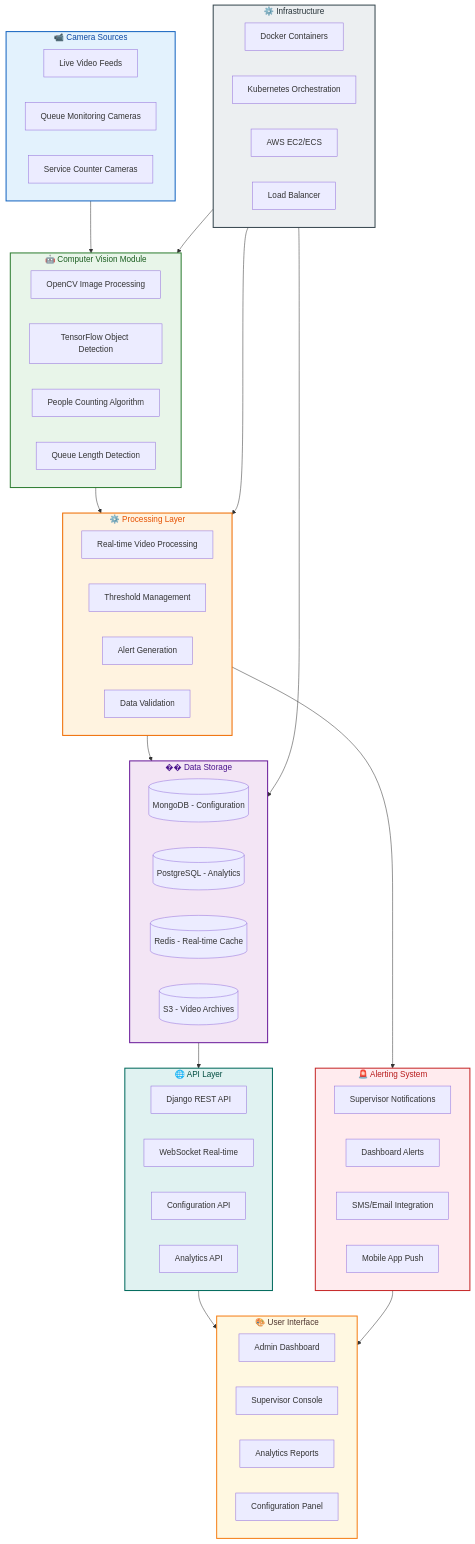
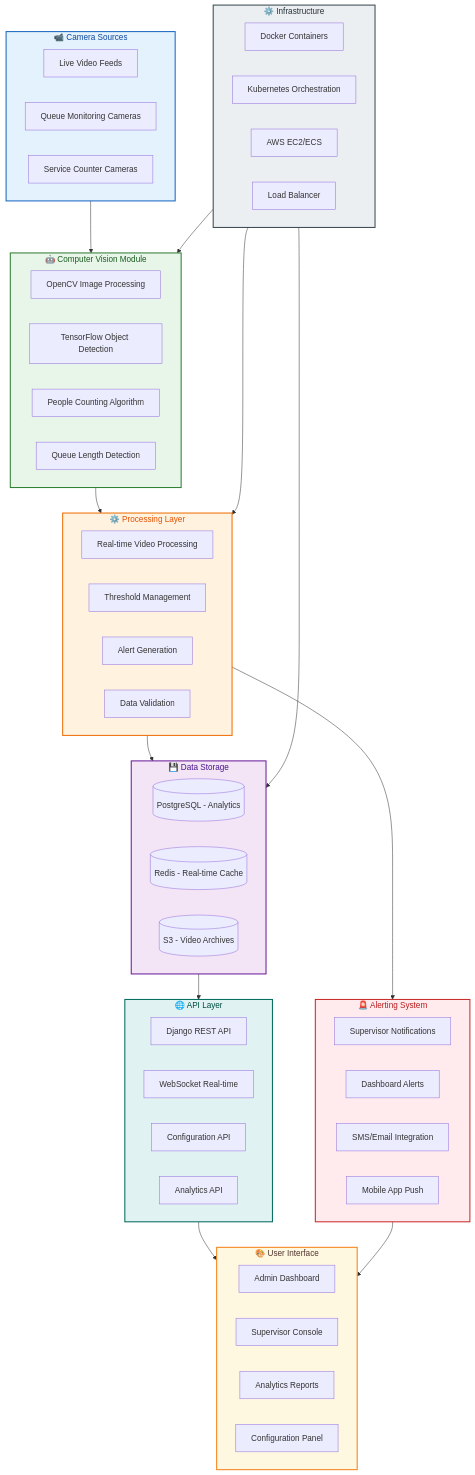
Before and after one commit to nitty01/html-portfolio: the diagram in assets/images/diagrams/qlm/qlm-architecture_detailed.mmd, drawn with Mermaid. The commit also changed 5 other files, not shown here.

```diff
--- a/assets/images/diagrams/qlm/qlm-architecture_detailed.mmd
+++ b/assets/images/diagrams/qlm/qlm-architecture_detailed.mmd
@@ -1,88 +1,87 @@
 ---
 config:
   layout: dagre
 ---
 flowchart TD
     subgraph CAM["📹 Camera Sources"]
         A["Live Video Feeds"]
         B["Queue Monitoring Cameras"]
         C["Service Counter Cameras"]
     end
     
     subgraph CV["🤖 Computer Vision Module"]
         D["OpenCV Image Processing"]
         E["TensorFlow Object Detection"]
         F["People Counting Algorithm"]
         G["Queue Length Detection"]
     end
     
     subgraph PROC["⚙️ Processing Layer"]
         H["Real-time Video Processing"]
         I["Threshold Management"]
         J["Alert Generation"]
         K["Data Validation"]
     end
     
-    subgraph STORAGE["�� Data Storage"]
-        L[("MongoDB - Configuration")]
+    subgraph STORAGE["💾 Data Storage"]
         M[("PostgreSQL - Analytics")]
         N[("Redis - Real-time Cache")]
         O[("S3 - Video Archives")]
     end
     
     subgraph ALERT["🚨 Alerting System"]
         P["Supervisor Notifications"]
         Q["Dashboard Alerts"]
         R["SMS/Email Integration"]
         S["Mobile App Push"]
     end
     
     subgraph API["🌐 API Layer"]
         T["Django REST API"]
         U["WebSocket Real-time"]
         V["Configuration API"]
         W["Analytics API"]
     end
     
     subgraph UI["🎨 User Interface"]
         X["Admin Dashboard"]
         Y["Supervisor Console"]
         Z["Analytics Reports"]
         AA["Configuration Panel"]
     end
     
     subgraph INFRA["⚙️ Infrastructure"]
         BB["Docker Containers"]
         CC["Kubernetes Orchestration"]
         DD["AWS EC2/ECS"]
         EE["Load Balancer"]
     end
     
     CAM --> CV
     CV --> PROC
     PROC --> STORAGE
     PROC --> ALERT
     STORAGE --> API
     API --> UI
     ALERT --> UI
     INFRA --> CV
     INFRA --> PROC
     INFRA --> STORAGE
     
     classDef camera fill:#E3F2FD,stroke:#1565C0,stroke-width:2px,color:#0D47A1
     classDef vision fill:#E8F5E9,stroke:#2E7D32,stroke-width:2px,color:#1B5E20
     classDef processing fill:#FFF3E0,stroke:#EF6C00,stroke-width:2px,color:#E65100
     classDef storage fill:#F3E5F5,stroke:#6A1B9A,stroke-width:2px,color:#4A148C
     classDef alerting fill:#FFEBEE,stroke:#C62828,stroke-width:2px,color:#B71C1C
     classDef api fill:#E0F2F1,stroke:#00695C,stroke-width:2px,color:#004D40
     classDef ui fill:#FFF8E1,stroke:#F57F17,stroke-width:2px,color:#4E342E
     classDef infra fill:#ECEFF1,stroke:#37474F,stroke-width:2px,color:#263238
     
     class CAM camera
     class CV vision
     class PROC processing
     class STORAGE storage
     class ALERT alerting
     class API api
     class UI ui
     class INFRA infra
```
